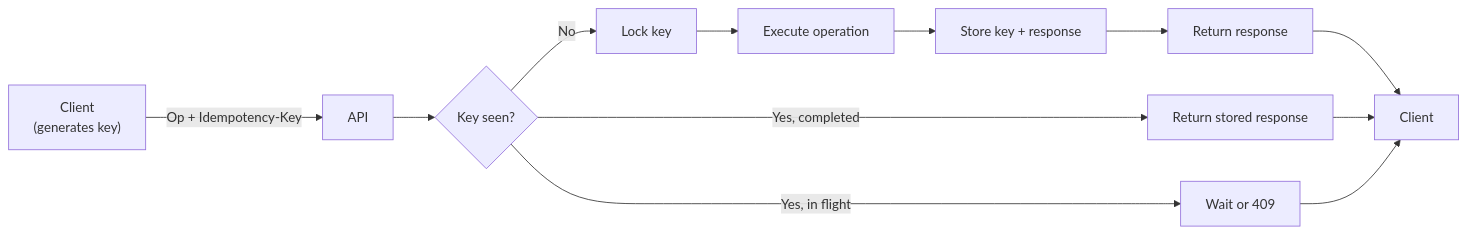
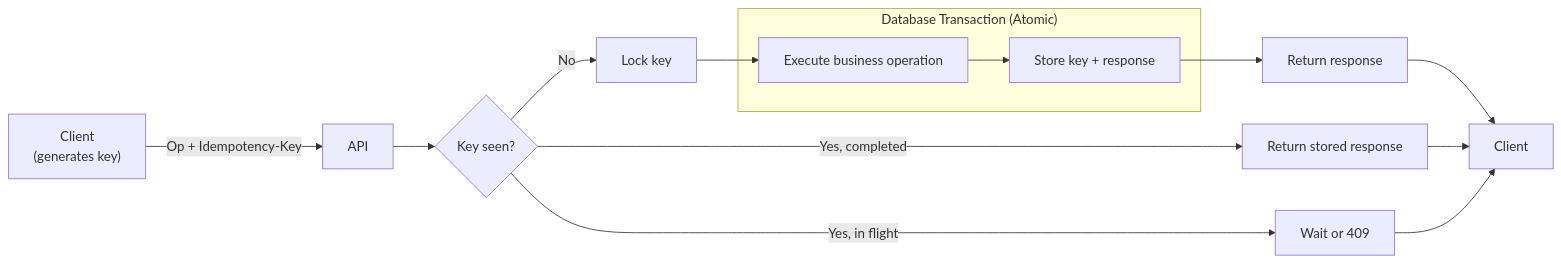
Before and after one commit to swarnsingh/android-staff-engineer-playbook-website: the second of 2 diagrams in distributed-systems/idempotency.md, drawn with Mermaid. The commit also changed 17 other files, not shown here.

````diff
--- a/distributed-systems/idempotency.md
+++ b/distributed-systems/idempotency.md
@@ -138,14 +138,20 @@
 ```mermaid
 flowchart LR
     Client["Client<br/>(generates key)"] -->|Op + Idempotency-Key| API
     API --> Dedup{Key seen?}
     Dedup -->|No| Lock[Lock key]
-    Lock --> Effect[Execute operation]
-    Effect --> Store[Store key + response]
+    
+    subgraph DBTx["Database Transaction (Atomic)"]
+        Effect[Execute business operation]
+        Store[Store key + response]
+    end
+    
+    Lock --> Effect
+    Effect --> Store
     Store --> Return[Return response]
     Dedup -->|Yes, completed| Replay[Return stored response]
     Dedup -->|Yes, in flight| Wait[Wait or 409]
     Return --> Client2[Client]
     Replay --> Client2
     Wait --> Client2
 ```
````
